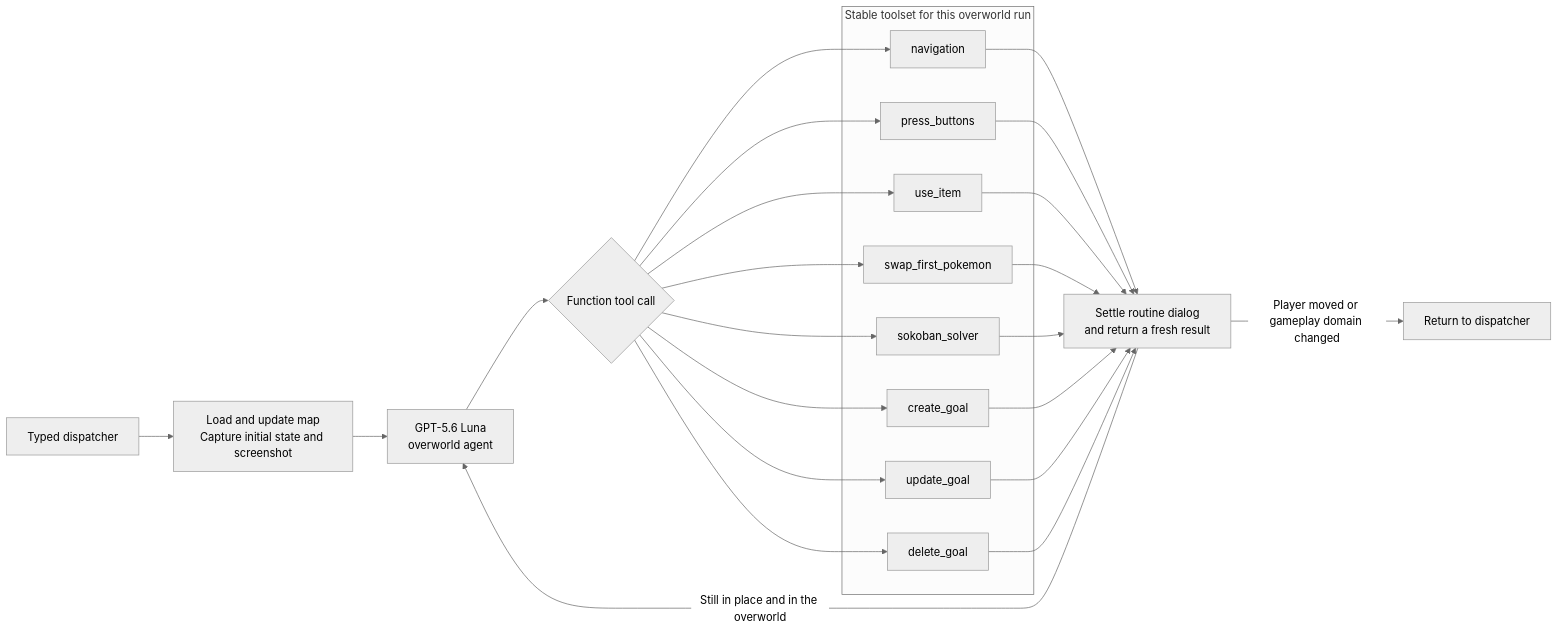
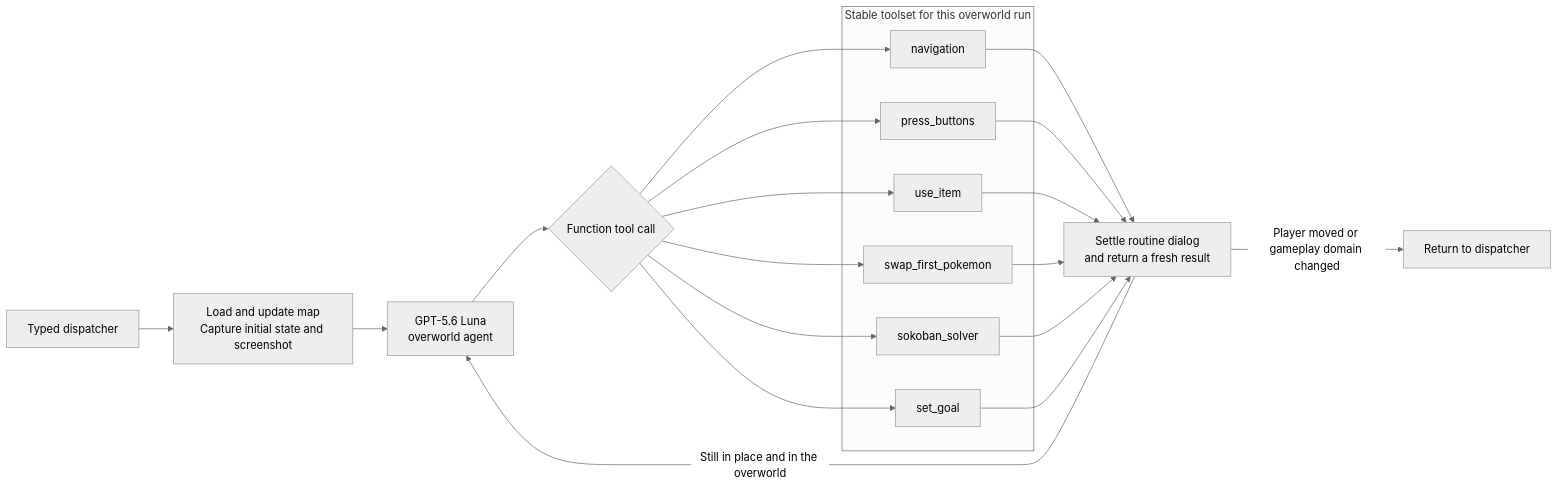
Before and after one commit to clambro/ai-plays-pokemon: the second of 4 diagrams in docs/workflow.md, drawn with Mermaid (neutral theme). The commit also changed other lines of this file and 10 other files, not shown here.

````diff
--- a/docs/workflow.md
+++ b/docs/workflow.md
@@ -45,38 +45,32 @@
 ```mermaid
 flowchart LR
     dispatch["Typed dispatcher"] --> prepare["Load and update map<br/>Capture initial state and screenshot"]
     prepare --> agent["GPT-5.6 Luna<br/>overworld agent"]
     agent --> choice{"Function tool call"}
 
     subgraph toolset["Stable toolset for this overworld run"]
         navigate["navigation"]
         buttons["press_buttons"]
         item["use_item"]
         swap["swap_first_pokemon"]
         sokoban["sokoban_solver"]
-        create_goal["create_goal"]
-        update_goal["update_goal"]
-        delete_goal["delete_goal"]
+        set_goal["set_goal"]
     end
 
     choice --> navigate
     choice --> buttons
     choice --> item
     choice --> swap
     choice --> sokoban
-    choice --> create_goal
-    choice --> update_goal
-    choice --> delete_goal
+    choice --> set_goal
 
     navigate --> observe["Settle routine dialog<br/>and return a fresh result"]
     buttons --> observe
     item --> observe
     swap --> observe
     sokoban --> observe
-    create_goal --> observe
-    update_goal --> observe
-    delete_goal --> observe
+    set_goal --> observe
 
     observe -->|"Still in place and in the overworld"| agent
     observe -->|"Player moved or gameplay domain changed"| finish["Return to dispatcher"]
 ```
````
